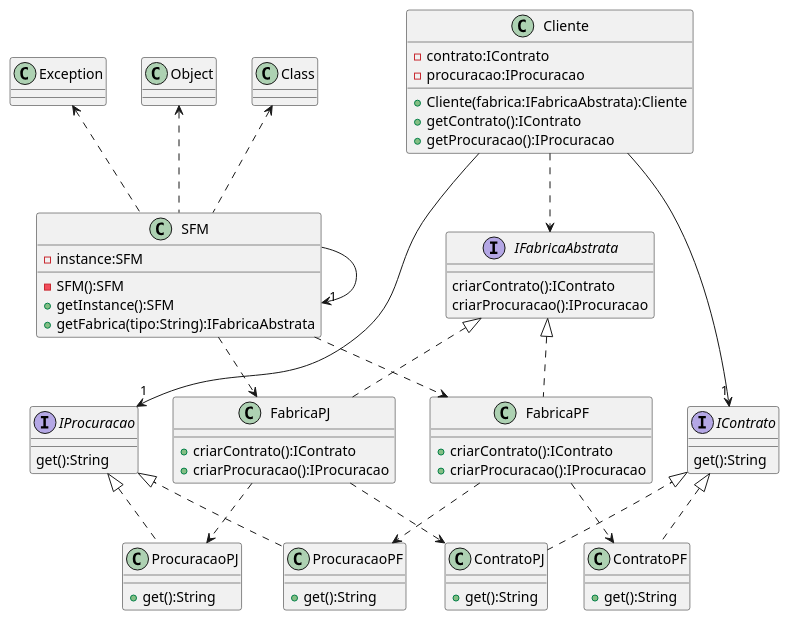
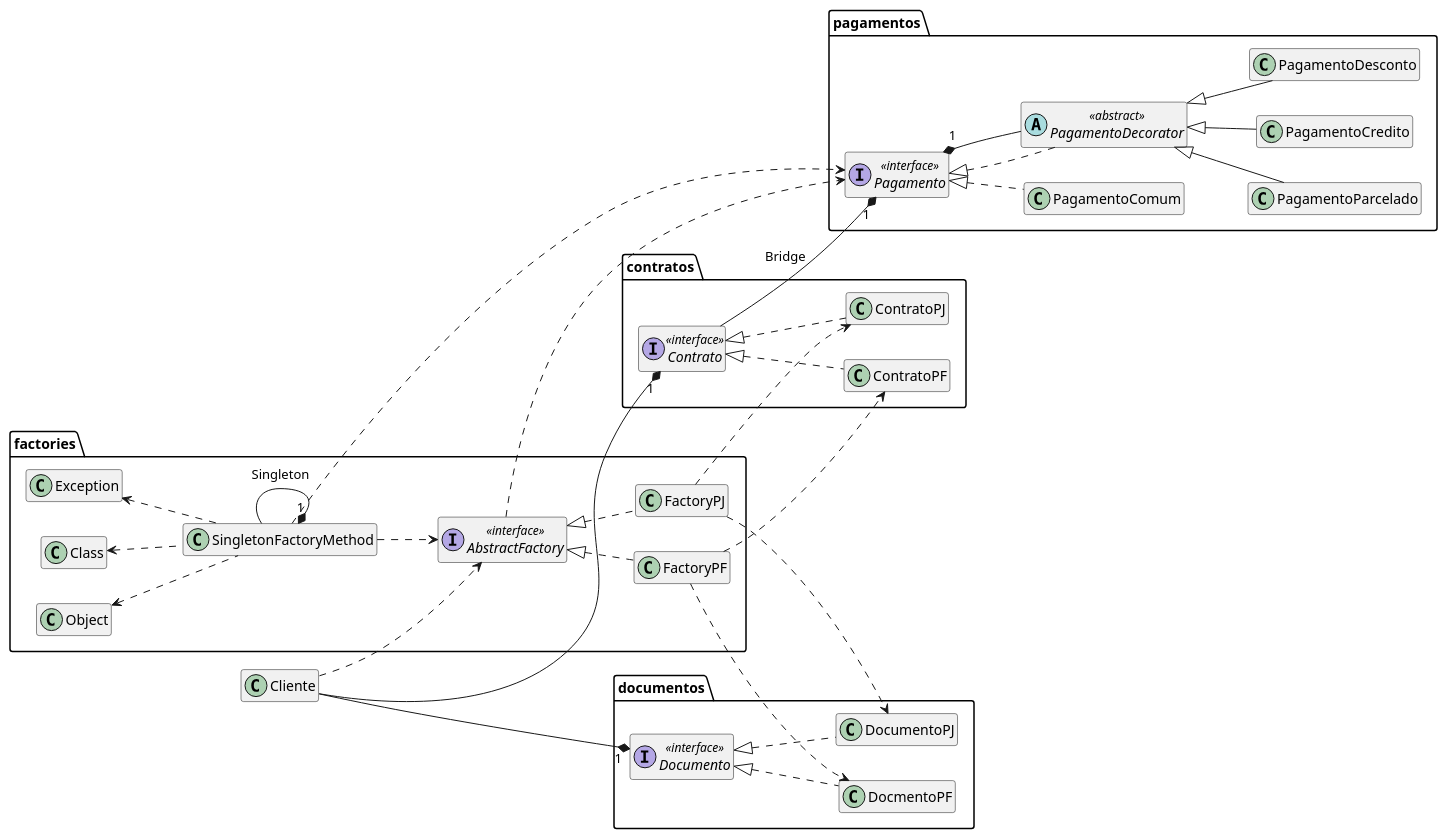
One commit to B4Hive/IntegratedPatterns5-DCC078-2026-3-A changed the diagram in classes.puml. Above: the diagram before and after it, drawn with PlantUML. The commit also changed 31 other files, not shown here.

Commit message:
Refactor project structure: implement Factory, AbstractFactory, Singleton, Bridge, and Decorator patterns; add new classes and interfaces for contracts, documents, and payments; update README and UML diagram.

```diff
--- a/classes.puml
+++ b/classes.puml
@@ -1,72 +1,68 @@
-@startuml Classes
+@startuml classDiagram
 
-class Cliente{
-  -contrato:IContrato
-  -procuracao:IProcuracao
-  +Cliente(fabrica:IFabricaAbstrata):Cliente
-  +getContrato():IContrato
-  +getProcuracao():IProcuracao
+hide members
+
+left to right direction
+
+package factories{
+
+  class SingletonFactoryMethod
+  interface AbstractFactory <<interface>>
+  class FactoryPF implements AbstractFactory
+  class FactoryPJ implements AbstractFactory
+
+  SingletonFactoryMethod --* "1" SingletonFactoryMethod : Singleton
+  SingletonFactoryMethod ..> AbstractFactory
+  Exception <.. SingletonFactoryMethod
+  Class <.. SingletonFactoryMethod
+  Object <.. SingletonFactoryMethod
+
 }
 
-interface IContrato{
-  get():String
+SingletonFactoryMethod ..> pagamentos.Pagamento
+
+package contratos{
+
+  interface Contrato <<interface>>
+  class ContratoPF implements Contrato
+  class ContratoPJ implements Contrato
+
+  FactoryPF ..> ContratoPF
+  FactoryPJ ..> ContratoPJ
+
 }
 
-class ContratoPF implements IContrato{
-  +get():String
+package documentos{
+
+  interface Documento <<interface>>
+  class DocmentoPF implements Documento
+  class DocumentoPJ implements Documento
+
+  FactoryPF ..> DocmentoPF
+  FactoryPJ ..> DocumentoPJ
+
 }
 
-class ContratoPJ implements IContrato{
-  +get():String
+package pagamentos{
+
+  interface Pagamento <<interface>>
+  class PagamentoComum implements Pagamento
+  abstract class PagamentoDecorator <<abstract>> implements Pagamento
+  class PagamentoParcelado extends PagamentoDecorator
+  class PagamentoCredito extends PagamentoDecorator
+  class PagamentoDesconto extends PagamentoDecorator
+
+  Pagamento "1" *-- PagamentoDecorator
+  AbstractFactory ..> Pagamento
+
 }
 
-interface IProcuracao{
-  get():String
-}
+Contrato --* "1" pagamentos.Pagamento : Bridge
 
-class ProcuracaoPF implements IProcuracao{
-  +get():String
-}
+class Cliente
 
-class ProcuracaoPJ implements IProcuracao{
-  +get():String
-}
-
-interface IFabricaAbstrata{
-  criarContrato():IContrato
-  criarProcuracao():IProcuracao
-}
-
-class FabricaPF implements IFabricaAbstrata{
-  +criarContrato():IContrato
-  +criarProcuracao():IProcuracao
-}
-
-class FabricaPJ implements IFabricaAbstrata{
-  +criarContrato():IContrato
-  +criarProcuracao():IProcuracao
-}
-
-Cliente --> "1" IProcuracao
-Cliente --> "1" IContrato
-Cliente ..> IFabricaAbstrata
-FabricaPJ ..> ContratoPJ
-FabricaPJ ..> ProcuracaoPJ
-FabricaPF ..> ContratoPF
-FabricaPF ..> ProcuracaoPF
-
-class SFM{
-  -instance:SFM
-  -SFM():SFM
-  +getInstance():SFM
-  +getFabrica(tipo:String):IFabricaAbstrata
-}
-
-SFM --> "1" SFM
-SFM ..> FabricaPF
-SFM ..> FabricaPJ
-Object <.. SFM
-Class <.. SFM
-Exception <.. SFM
+Cliente ..> AbstractFactory
+Cliente --* "1" Documento
+Cliente --* "1" Contrato
 
 @enduml
```
